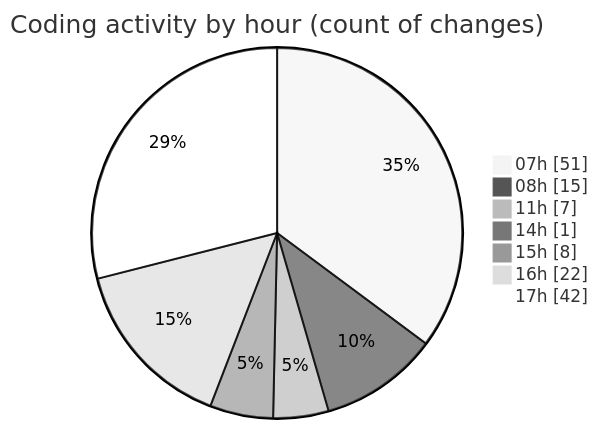
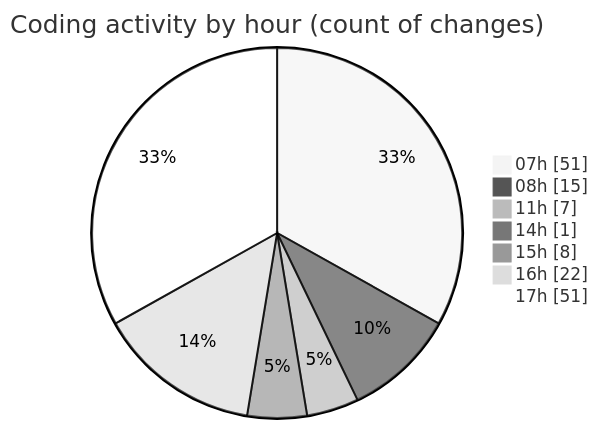
Before and after one commit to robertbonfada/code-tracking: the second of 2 diagrams in 2025-01-17/mbc-web/README.md, drawn with Mermaid (neutral theme). The commit also changed other lines of this file and 1 other file, not shown here.

````diff
--- a/2025-01-17/mbc-web/README.md
+++ b/2025-01-17/mbc-web/README.md
@@ -52,11 +52,11 @@
 ```mermaid
 pie showData
 title Coding activity by hour (count of changes)
 "07h" : 51
 "08h" : 15
 "11h" : 7
 "14h" : 1
 "15h" : 8
 "16h" : 22
-"17h" : 42
+"17h" : 51
 ```
````
